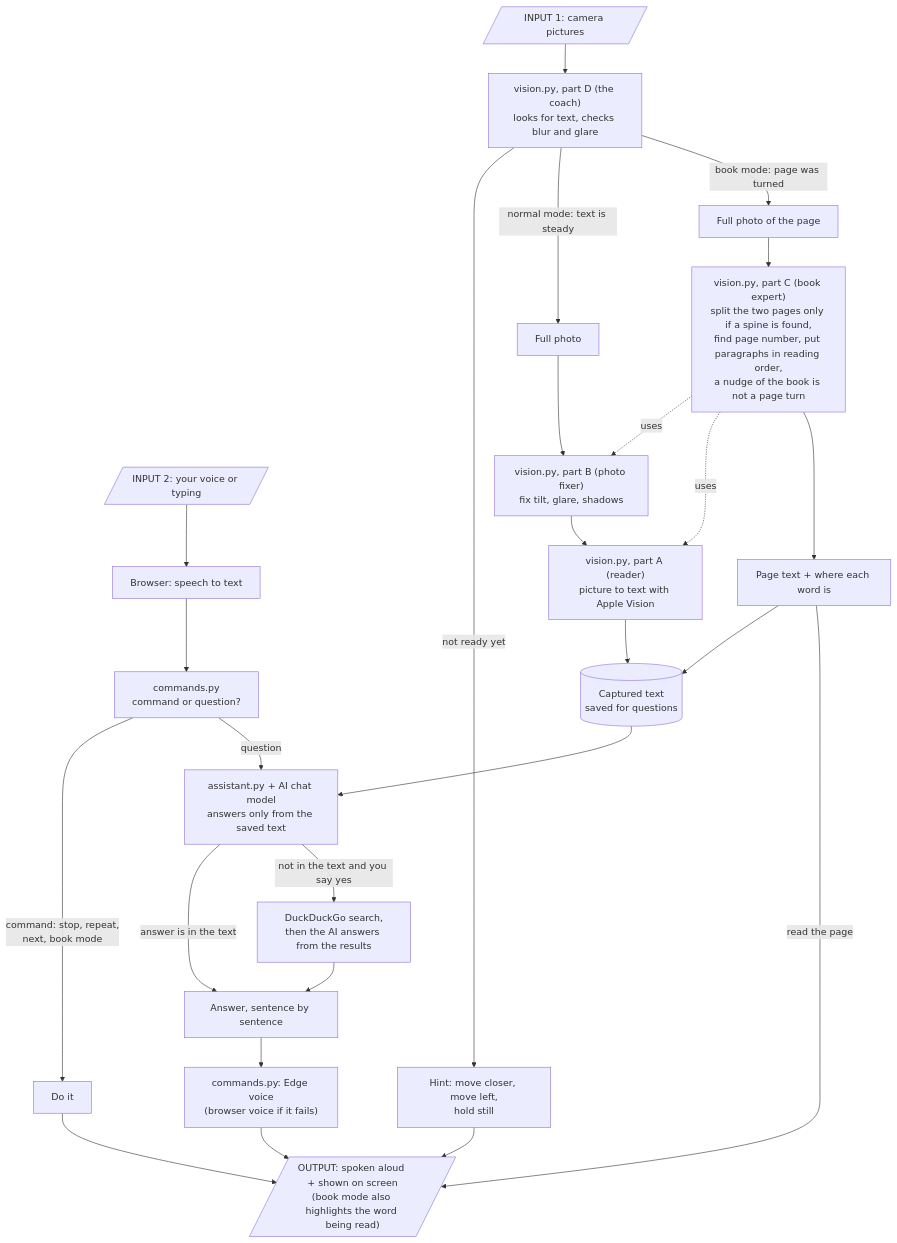
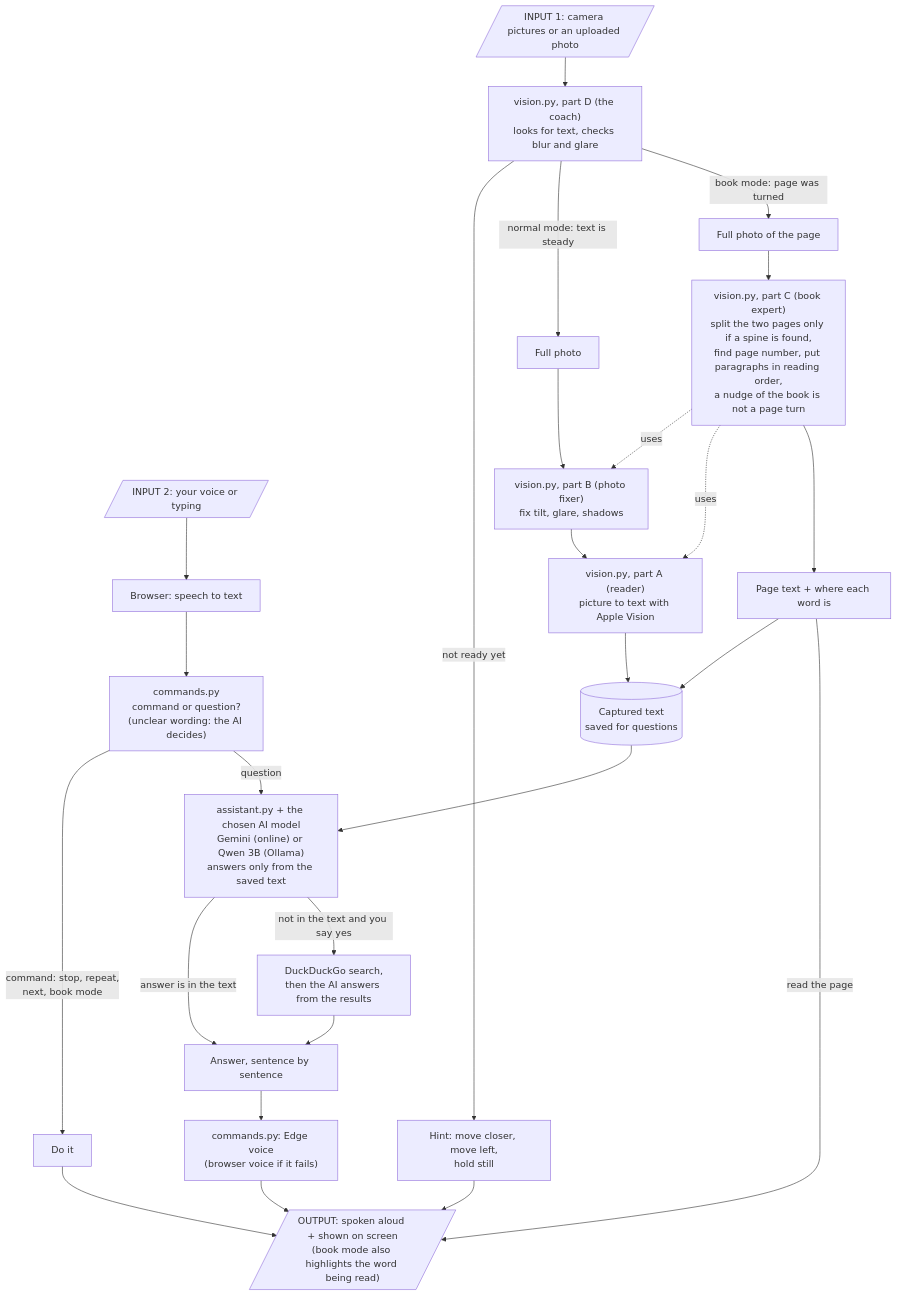
Before and after one commit to neerajprao/Helping_Eyes-main: the diagram in working.md, drawn with Mermaid. The commit also changed other lines of this file and 13 other files, not shown here.

````diff
--- a/working.md
+++ b/working.md
@@ -74,36 +75,36 @@
 ```mermaid
 flowchart TD
-    CAM[/"INPUT 1: camera pictures"/]
+    CAM[/"INPUT 1: camera pictures or an uploaded photo"/]
     VOICE[/"INPUT 2: your voice or typing"/]
 
     CAM --> COACH["vision.py, part D (the coach)<br/>looks for text, checks blur and glare"]
     COACH -->|not ready yet| HINT["Hint: move closer, move left,<br/>hold still"]
     COACH -->|normal mode: text is steady| PHOTO["Full photo"]
     COACH -->|book mode: page was turned| BOOKPHOTO["Full photo of the page"]
 
     PHOTO --> FIX["vision.py, part B (photo fixer)<br/>fix tilt, glare, shadows"]
     FIX --> READ["vision.py, part A (reader)<br/>picture to text with Apple Vision"]
     READ --> SAVED[("Captured text<br/>saved for questions")]
 
     BOOKPHOTO --> BOOK["vision.py, part C (book expert)<br/>split the two pages only if a spine is found,<br/>find page number, put paragraphs in reading order,<br/>a nudge of the book is not a page turn"]
     BOOK -.uses.-> FIX
     BOOK -.uses.-> READ
     BOOK --> PAGE["Page text + where each word is"]
     PAGE --> SAVED
 
     VOICE --> STT["Browser: speech to text"]
-    STT --> CMD["commands.py<br/>command or question?"]
+    STT --> CMD["commands.py<br/>command or question?<br/>(unclear wording: the AI decides)"]
     CMD -->|command: stop, repeat,<br/>next, book mode| ACT["Do it"]
-    CMD -->|question| AI["assistant.py + AI chat model<br/>answers only from the saved text"]
+    CMD -->|question| AI["assistant.py + the chosen AI model<br/>Gemini (online) or Qwen 3B (Ollama)<br/>answers only from the saved text"]
     SAVED --> AI
     AI -->|answer is in the text| ANSWER["Answer, sentence by sentence"]
     AI -->|not in the text and you say yes| WEB["DuckDuckGo search,<br/>then the AI answers from the results"]
     WEB --> ANSWER
 
     ANSWER --> VOICEOUT["commands.py: Edge voice<br/>(browser voice if it fails)"]
     VOICEOUT --> OUT
     HINT --> OUT
     ACT --> OUT
     PAGE -->|read the page| OUT
     OUT[/"OUTPUT: spoken aloud + shown on screen<br/>(book mode also highlights the word being read)"/]
 ```
````
